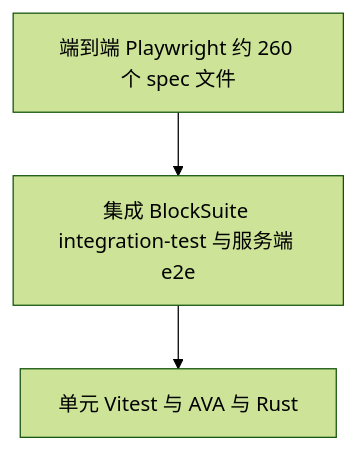
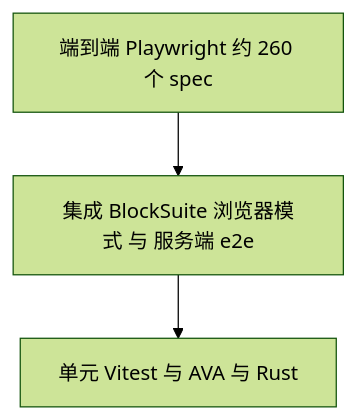
The second of 2 diagrams in learning-guide/slides/decks/25.md (lfire/AFFiNE), drawn with Mermaid (forest theme) before and after one commit. The commit also changed other lines of this file and 46 other files, not shown here.

````diff
--- a/learning-guide/slides/decks/25.md
+++ b/learning-guide/slides/decks/25.md
@@ -64,7 +77,7 @@
 ```mermaid
 flowchart TB
-    E2E["端到端 Playwright 约 260 个 spec 文件"]
-    INT["集成 BlockSuite integration-test 与服务端 e2e"]
-    UNIT["单元 Vitest 与 AVA 与 Rust"]
-    E2E --> INT --> UNIT
+  E2E["端到端 Playwright 约 260 个 spec"]
+  INT["集成 BlockSuite 浏览器模式 与 服务端 e2e"]
+  UNIT["单元 Vitest 与 AVA 与 Rust"]
+  E2E --> INT --> UNIT
 ```
````
